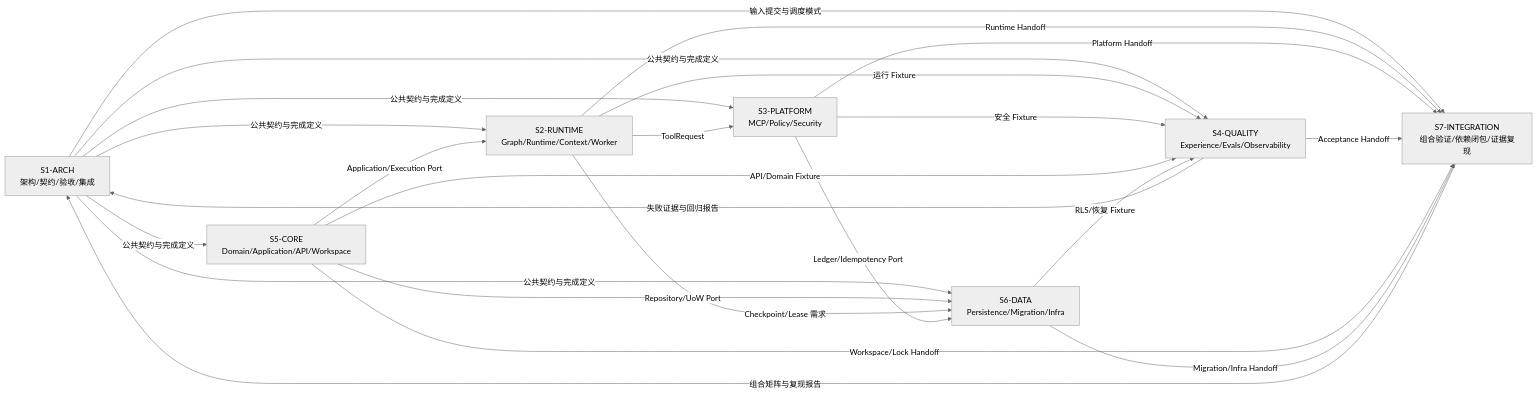
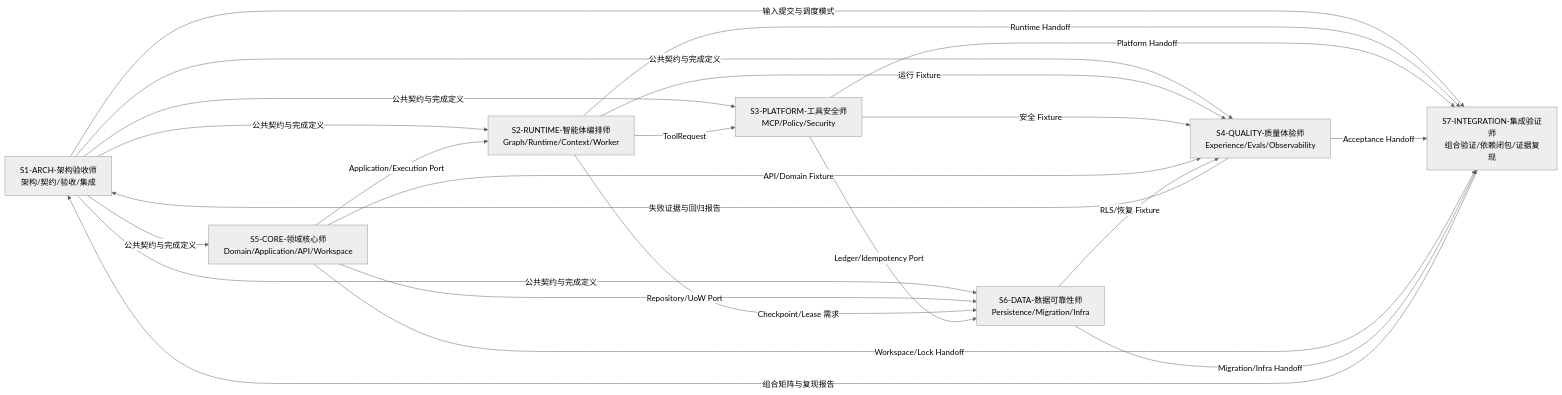
One commit to ClayExc/Multi-agent changed the diagram in docs/team/CODEX_SESSIONS.md. Above: the diagram before and after it, drawn with Mermaid (neutral theme). The commit also changed other lines of this file and 11 other files, not shown here.

Commit message:
docs(architecture): make agent workflows observable and learnable [FP-OPS-002]

````diff
--- a/docs/team/CODEX_SESSIONS.md
+++ b/docs/team/CODEX_SESSIONS.md
@@ -9,33 +9,33 @@
 ```mermaid
 flowchart LR
-    S1["S1-ARCH<br/>架构/契约/验收/集成"]
-    S5["S5-CORE<br/>Domain/Application/API/Workspace"]
-    S2["S2-RUNTIME<br/>Graph/Runtime/Context/Worker"]
-    S6["S6-DATA<br/>Persistence/Migration/Infra"]
-    S3["S3-PLATFORM<br/>MCP/Policy/Security"]
-    S4["S4-QUALITY<br/>Experience/Evals/Observability"]
-    S7["S7-INTEGRATION<br/>组合验证/依赖闭包/证据复现"]
+    S1["S1-ARCH-架构验收师<br/>架构/契约/验收/集成"]
+    S5["S5-CORE-领域核心师<br/>Domain/Application/API/Workspace"]
+    S2["S2-RUNTIME-智能体编排师<br/>Graph/Runtime/Context/Worker"]
+    S6["S6-DATA-数据可靠性师<br/>Persistence/Migration/Infra"]
+    S3["S3-PLATFORM-工具安全师<br/>MCP/Policy/Security"]
+    S4["S4-QUALITY-质量体验师<br/>Experience/Evals/Observability"]
+    S7["S7-INTEGRATION-集成验证师<br/>组合验证/依赖闭包/证据复现"]
 
     S1 -->|"公共契约与完成定义"| S2
     S1 -->|"公共契约与完成定义"| S3
     S1 -->|"公共契约与完成定义"| S4
     S1 -->|"公共契约与完成定义"| S5
     S1 -->|"公共契约与完成定义"| S6
     S1 -->|"输入提交与调度模式"| S7
     S5 -->|"Application/Execution Port"| S2
     S5 -->|"Repository/UoW Port"| S6
     S2 -->|"ToolRequest"| S3
     S2 -->|"Checkpoint/Lease 需求"| S6
     S3 -->|"Ledger/Idempotency Port"| S6
     S2 -->|"运行 Fixture"| S4
     S3 -->|"安全 Fixture"| S4
     S5 -->|"API/Domain Fixture"| S4
     S6 -->|"RLS/恢复 Fixture"| S4
     S4 -->|"失败证据与回归报告"| S1
     S2 -->|"Runtime Handoff"| S7
     S3 -->|"Platform Handoff"| S7
     S4 -->|"Acceptance Handoff"| S7
     S5 -->|"Workspace/Lock Handoff"| S7
     S6 -->|"Migration/Infra Handoff"| S7
     S7 -->|"组合矩阵与复现报告"| S1
 ```
````
